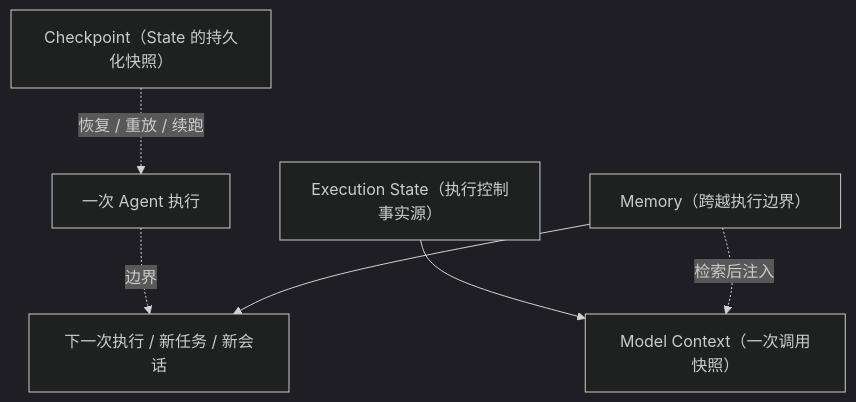
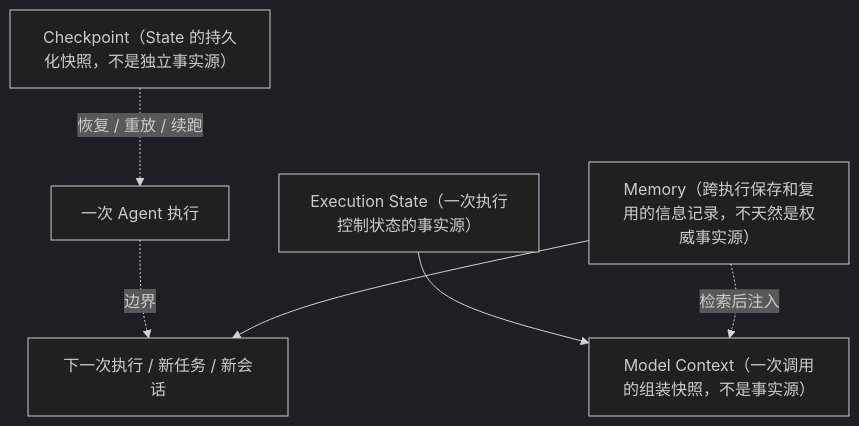
The first of 7 diagrams in docs/02-agent-runtime/ch07-memory-context-management.md (AnRun-M/enterprise-ai-agent-handbook), drawn with Mermaid (dark theme) before and after one commit. The commit also changed other lines of this file, not shown here.

Commit message:
docs: refine memory and context governance boundaries

````diff
--- a/docs/02-agent-runtime/ch07-memory-context-management.md
+++ b/docs/02-agent-runtime/ch07-memory-context-management.md
@@ -56,9 +60,9 @@
 ```mermaid
 flowchart TD
     EXEC["一次 Agent 执行"]
-    ST["Execution State（执行控制事实源）"] --> CTX["Model Context（一次调用快照）"]
-    CK["Checkpoint（State 的持久化快照）"] -. "恢复 / 重放 / 续跑" .-> EXEC
-    MEM["Memory（跨越执行边界）"] -. "检索后注入" .-> CTX
+    ST["Execution State（一次执行控制状态的事实源）"] --> CTX["Model Context（一次调用的组装快照，不是事实源）"]
+    CK["Checkpoint（State 的持久化快照，不是独立事实源）"] -. "恢复 / 重放 / 续跑" .-> EXEC
+    MEM["Memory（跨执行保存和复用的信息记录，不天然是权威事实源）"] -. "检索后注入" .-> CTX
     EXEC -. "边界" .-> EXEC2["下一次执行 / 新任务 / 新会话"]
     MEM --> EXEC2
 ```
````
